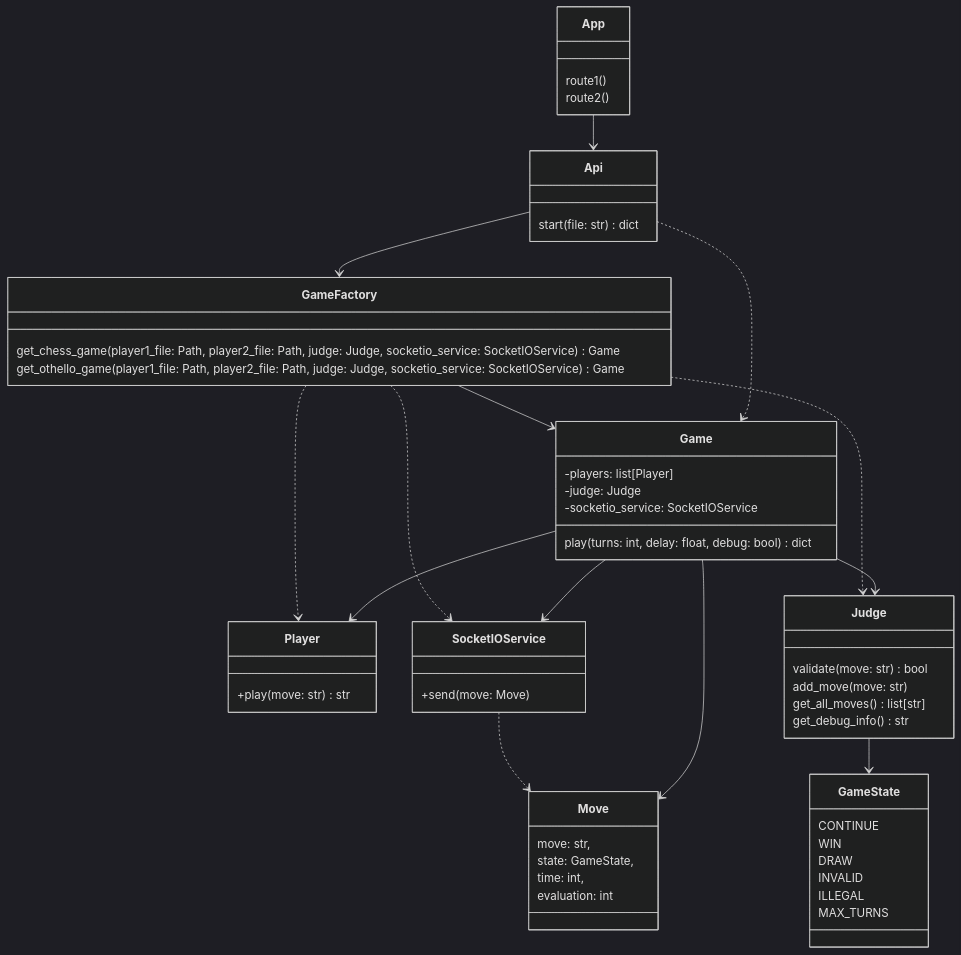
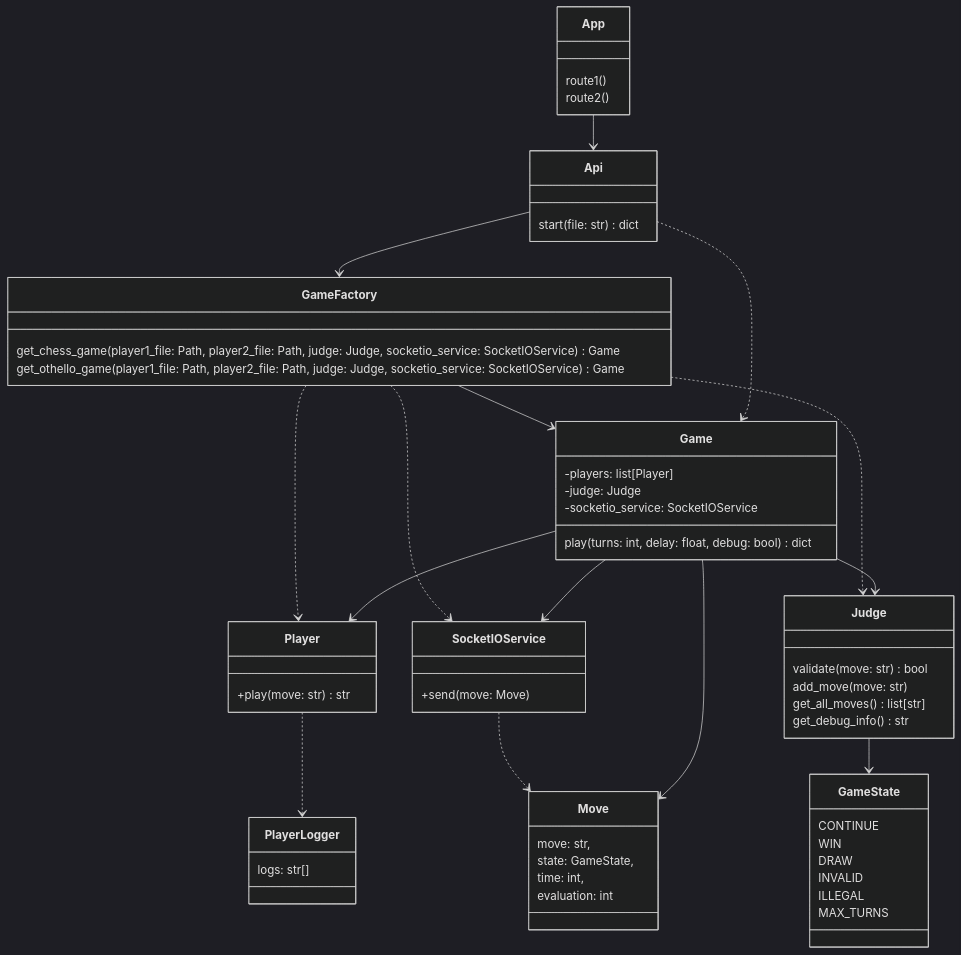
One commit to game-ai-platform-team/tira-ai-platform changed the third of 5 diagrams in docs/architecture.md. Above: the diagram before and after it, drawn with Mermaid (dark theme).

Commit message:
feat(#66): modify architecture

````diff
--- a/docs/architecture.md
+++ b/docs/architecture.md
@@ -92,71 +92,76 @@
 ```mermaid
 classDiagram
 
 App --> Api
 Api ..> Game
 Api --> GameFactory
 Game --> Player
 Game --> Judge
 Game --> Move
 Game --> SocketIOService
 GameFactory --> Game
 GameFactory ..> Judge
 GameFactory ..> Player
 GameFactory ..> SocketIOService
 Judge --> GameState
+Player ..> PlayerLogger
 
 SocketIOService ..> Move
 
 class GameFactory {
     get_chess_game(player1_file: Path, player2_file: Path, judge: Judge, socketio_service: SocketIOService) Game
     get_othello_game(player1_file: Path, player2_file: Path, judge: Judge, socketio_service: SocketIOService) Game
 }
 
 class Game {
     -players: list[Player]
     -judge: Judge
     -socketio_service: SocketIOService
 
     play(turns: int, delay: float, debug: bool) dict
 }
 
 class SocketIOService {
     +send(move: Move)
 }
 
 class Judge {
     validate(move: str) bool
     add_move(move: str)
     get_all_moves() list[str]
     get_debug_info() str
 }
 
 class Player {
     +play(move: str) str
 }
 
 class GameState {
     CONTINUE
     WIN
     DRAW
     INVALID
     ILLEGAL
     MAX_TURNS
 }
 
+class PlayerLogger {
+    logs: str[]
+}
+
 class Move {
     move: str,
     state: GameState,
     time: int,
     evaluation: int
 }
 
 class Api {
     start(file: str) dict
 }
 
 class App {
     route1()
     route2()
 }
 ```
````
